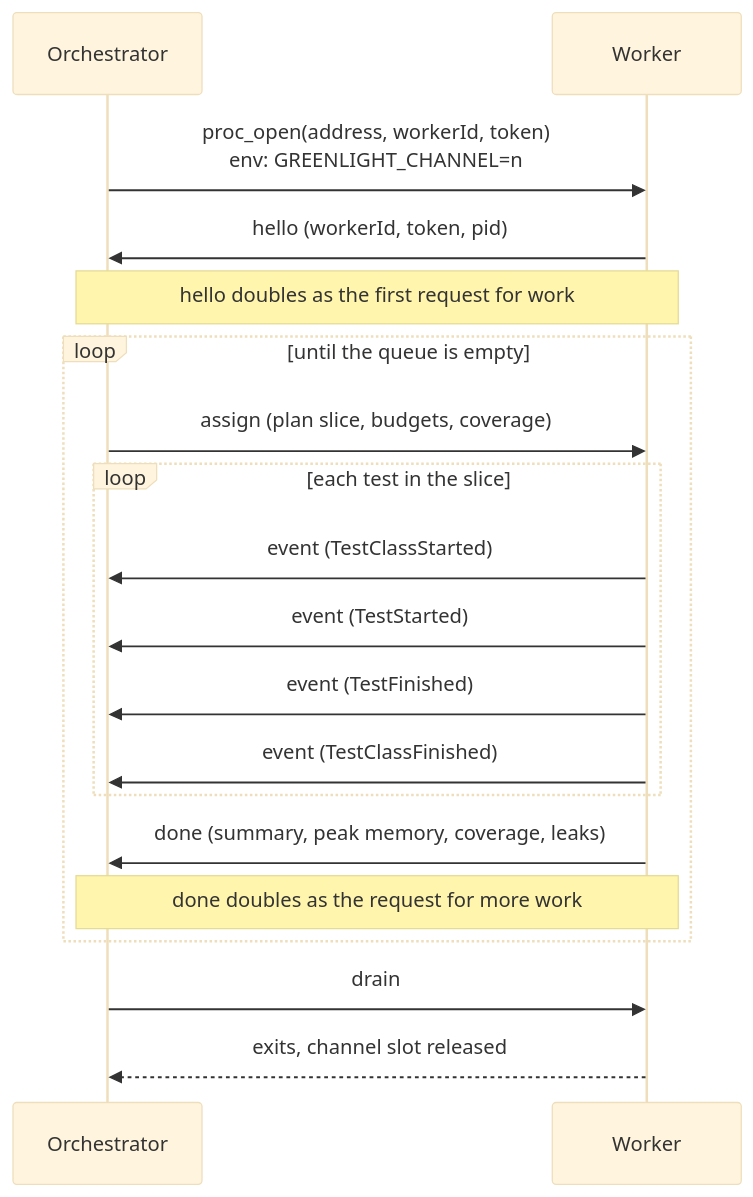
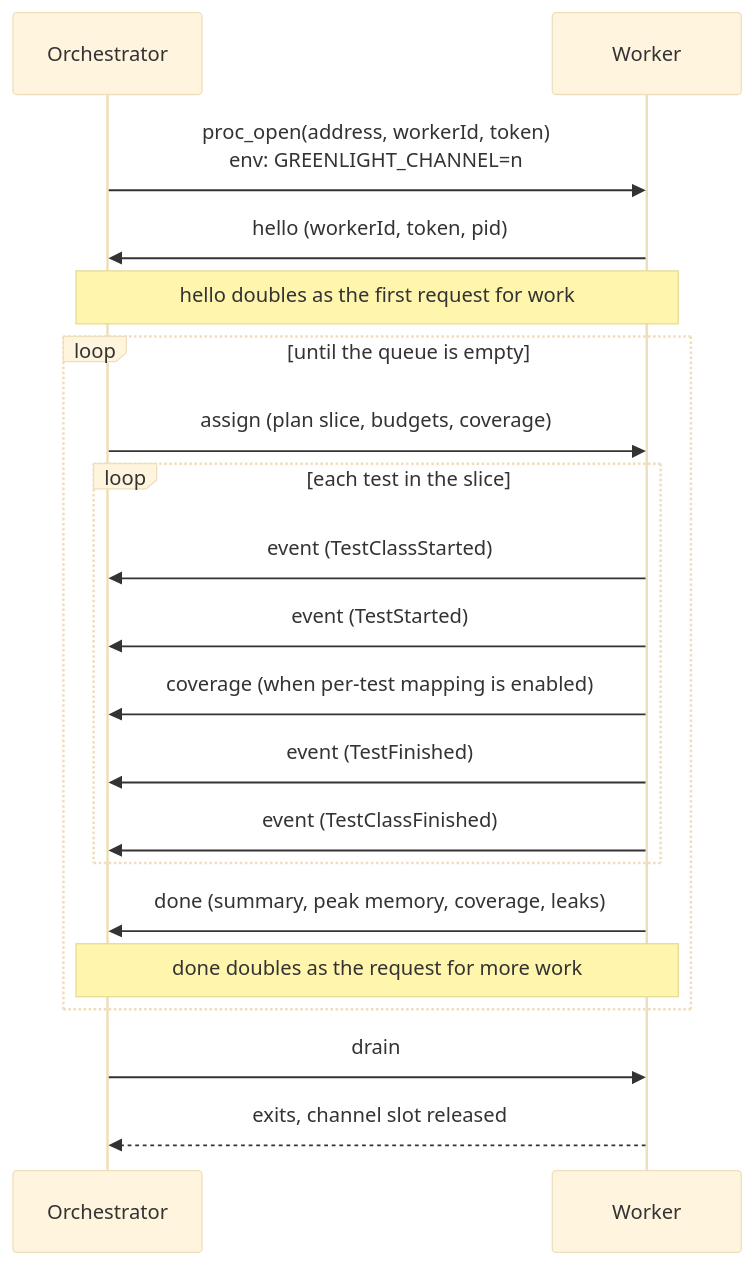
The first of 2 diagrams in docs/architecture/worker-lifecycle.md (ben-challis/greenlight), drawn with Mermaid (base theme) before and after one commit. The commit also changed other lines of this file and 49 other files, not shown here.

Commit message:
feat: add per-test coverage and Infection support

````diff
--- a/docs/architecture/worker-lifecycle.md
+++ b/docs/architecture/worker-lifecycle.md
@@ -33,24 +34,25 @@
 ```mermaid
 sequenceDiagram
     participant O as Orchestrator
     participant W as Worker
 
     O->>W: proc_open(address, workerId, token)<br/>env: GREENLIGHT_CHANNEL=n
     W->>O: hello (workerId, token, pid)
     Note over O,W: hello doubles as the first request for work
 
     loop until the queue is empty
         O->>W: assign (plan slice, budgets, coverage)
         loop each test in the slice
             W->>O: event (TestClassStarted)
             W->>O: event (TestStarted)
+            W->>O: coverage (when per-test mapping is enabled)
             W->>O: event (TestFinished)
             W->>O: event (TestClassFinished)
         end
         W->>O: done (summary, peak memory, coverage, leaks)
         Note over O,W: done doubles as the request for more work
     end
 
     O->>W: drain
     W-->>O: exits, channel slot released
 ```
````
